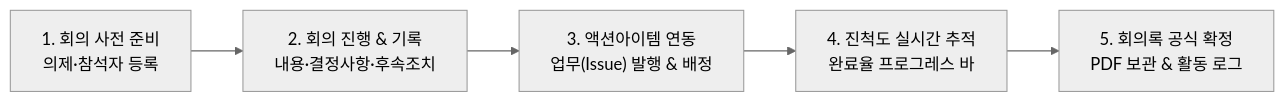
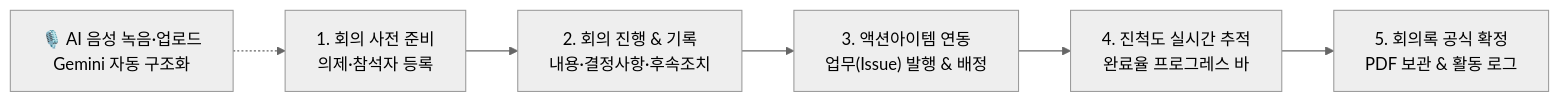
The diagram in app/vue/docs/work-manage/meeting.md (nc2U/ibs), drawn with Mermaid (neutral theme) before and after one commit. The commit also changed other lines of this file, not shown here.

````diff
--- a/app/vue/docs/work-manage/meeting.md
+++ b/app/vue/docs/work-manage/meeting.md
@@ -9,7 +9,8 @@
 ```mermaid
 flowchart LR
-    A["1. 회의 사전 준비<br>의제·참석자 등록"] --> B["2. 회의 진행 & 기록<br>내용·결정사항·후속조치"]
-    B --> C["3. 액션아이템 연동<br>업무(Issue) 발행 & 배정"]
-    C --> D["4. 진척도 실시간 추적<br>완료율 프로그레스 바"]
-    D --> E["5. 회의록 공식 확정<br>PDF 보관 & 활동 로그"]
+    A["🎙️ AI 음성 녹음·업로드<br>Gemini 자동 구조화"] -.-> B["1. 회의 사전 준비<br>의제·참석자 등록"]
+    B --> C["2. 회의 진행 & 기록<br>내용·결정사항·후속조치"]
+    C --> D["3. 액션아이템 연동<br>업무(Issue) 발행 & 배정"]
+    D --> E["4. 진척도 실시간 추적<br>완료율 프로그레스 바"]
+    E --> F["5. 회의록 공식 확정<br>PDF 보관 & 활동 로그"]
 ```
````
